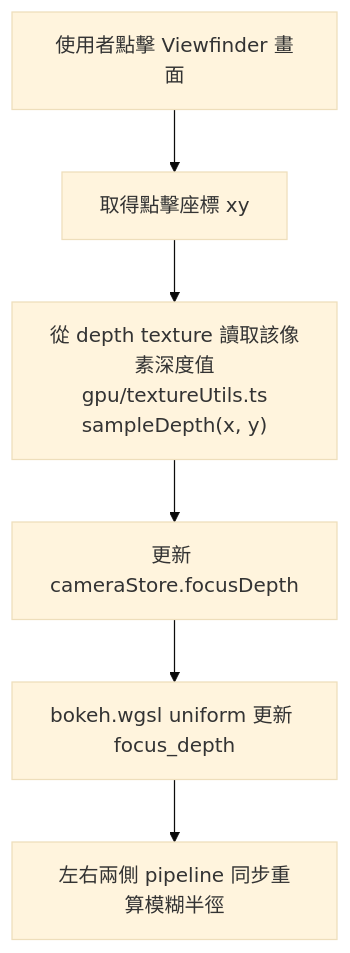
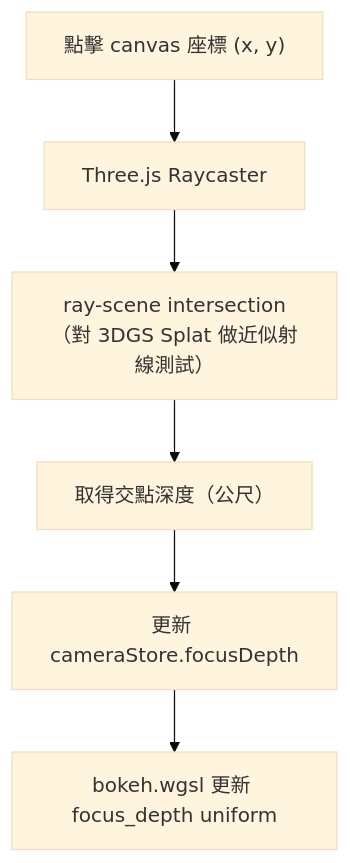
Before and after one commit to SoWiEee/Immersive-Camera-Simulator: the second of 3 diagrams in docs/spec.md, drawn with Mermaid (base theme). The commit also changed other lines of this file and 4 other files, not shown here.

````diff
--- a/docs/spec.md
+++ b/docs/spec.md
@@ -229,8 +166,8 @@
 ```mermaid
 flowchart TD
-  A["使用者點擊 Viewfinder 畫面"] --> B["取得點擊座標 xy"]
-  B --> C["從 depth texture 讀取該像素深度值\n gpu/textureUtils.ts sampleDepth(x, y)"]
-  C --> D["更新 cameraStore.focusDepth"]
-  D --> E["bokeh.wgsl uniform 更新 focus_depth"]
-  E --> F["左右兩側 pipeline 同步重算模糊半徑"]
+  A["點擊 canvas 座標 (x, y)"] --> B["Three.js Raycaster"]
+  B --> C["ray-scene intersection\n（對 3DGS Splat 做近似射線測試）"]
+  C --> D["取得交點深度（公尺）"]
+  D --> E["更新 cameraStore.focusDepth"]
+  E --> F["bokeh.wgsl 更新 focus_depth uniform"]
 ```
````
